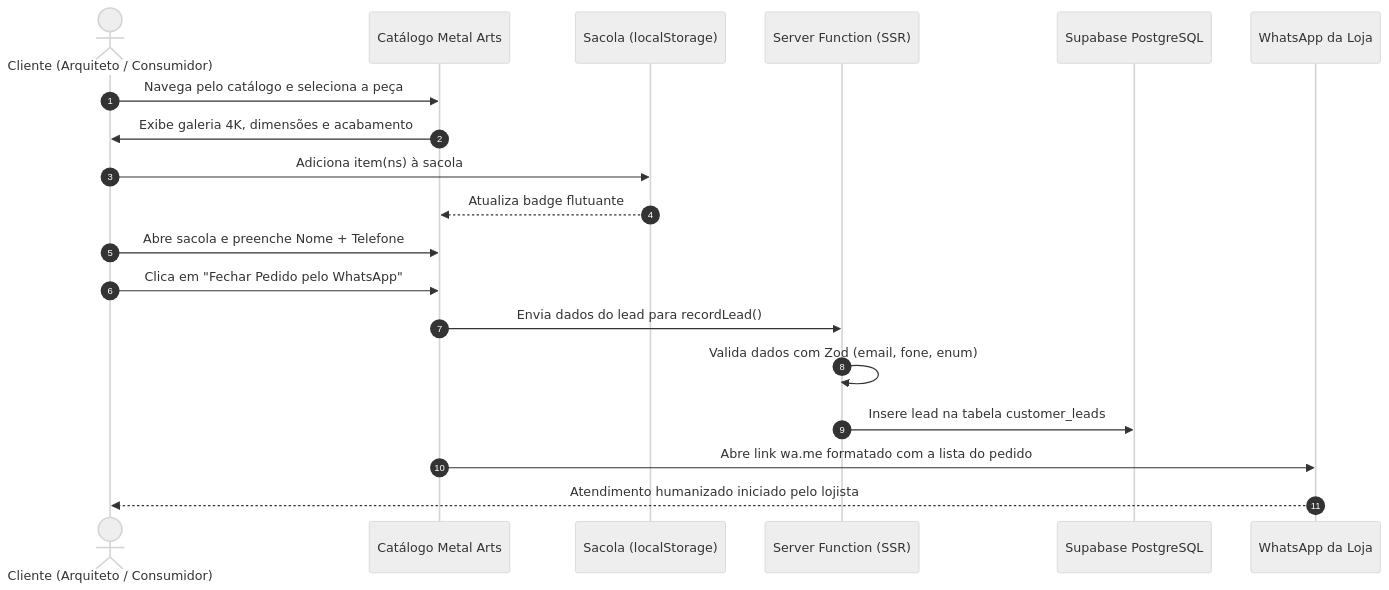
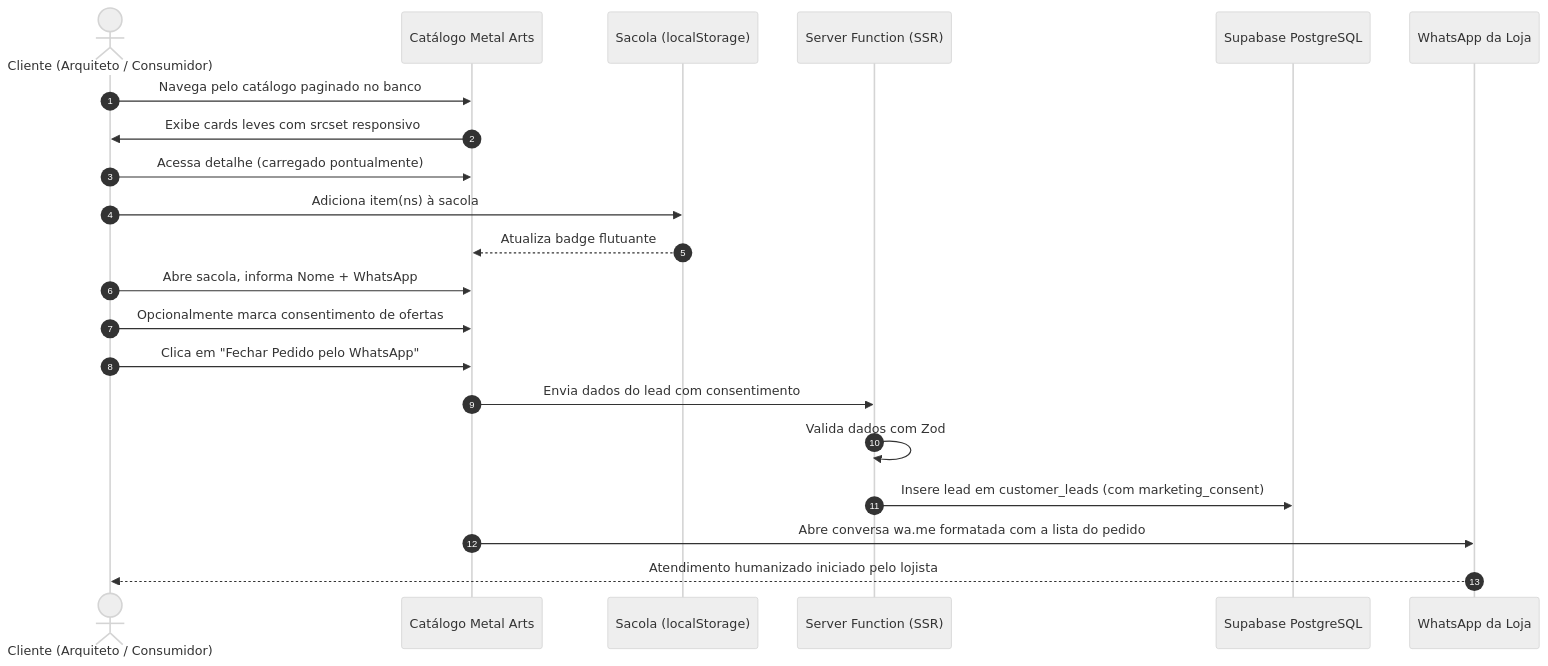
Before and after one commit to TheusCampos/Web-catalogo-metal-arts: the diagram in docs/PRD_COMPLETO.md, drawn with Mermaid (neutral theme). The commit also changed other lines of this file and 41 other files, not shown here.

````diff
--- a/docs/PRD_COMPLETO.md
+++ b/docs/PRD_COMPLETO.md
@@ -163,22 +186,24 @@
 ```mermaid
 sequenceDiagram
     autonumber
     actor Cliente as Cliente (Arquiteto / Consumidor)
     participant Front as Catálogo Metal Arts
     participant Cart as Sacola (localStorage)
     participant Server as Server Function (SSR)
     participant DB as Supabase PostgreSQL
     participant WA as WhatsApp da Loja
 
-    Cliente->>Front: Navega pelo catálogo e seleciona a peça
-    Front->>Cliente: Exibe galeria 4K, dimensões e acabamento
+    Cliente->>Front: Navega pelo catálogo paginado no banco
+    Front->>Cliente: Exibe cards leves com srcset responsivo
+    Cliente->>Front: Acessa detalhe (carregado pontualmente)
     Cliente->>Cart: Adiciona item(ns) à sacola
     Cart-->>Front: Atualiza badge flutuante
-    Cliente->>Front: Abre sacola e preenche Nome + Telefone
+    Cliente->>Front: Abre sacola, informa Nome + WhatsApp
+    Cliente->>Front: Opcionalmente marca consentimento de ofertas
     Cliente->>Front: Clica em "Fechar Pedido pelo WhatsApp"
-    Front->>Server: Envia dados do lead para recordLead()
-    Server->>Server: Valida dados com Zod (email, fone, enum)
-    Server->>DB: Insere lead na tabela customer_leads
-    Front->>WA: Abre link wa.me formatado com a lista do pedido
+    Front->>Server: Envia dados do lead com consentimento
+    Server->>Server: Valida dados com Zod
+    Server->>DB: Insere lead em customer_leads (com marketing_consent)
+    Front->>WA: Abre conversa wa.me formatada com a lista do pedido
     WA-->>Cliente: Atendimento humanizado iniciado pelo lojista
 ```
````
